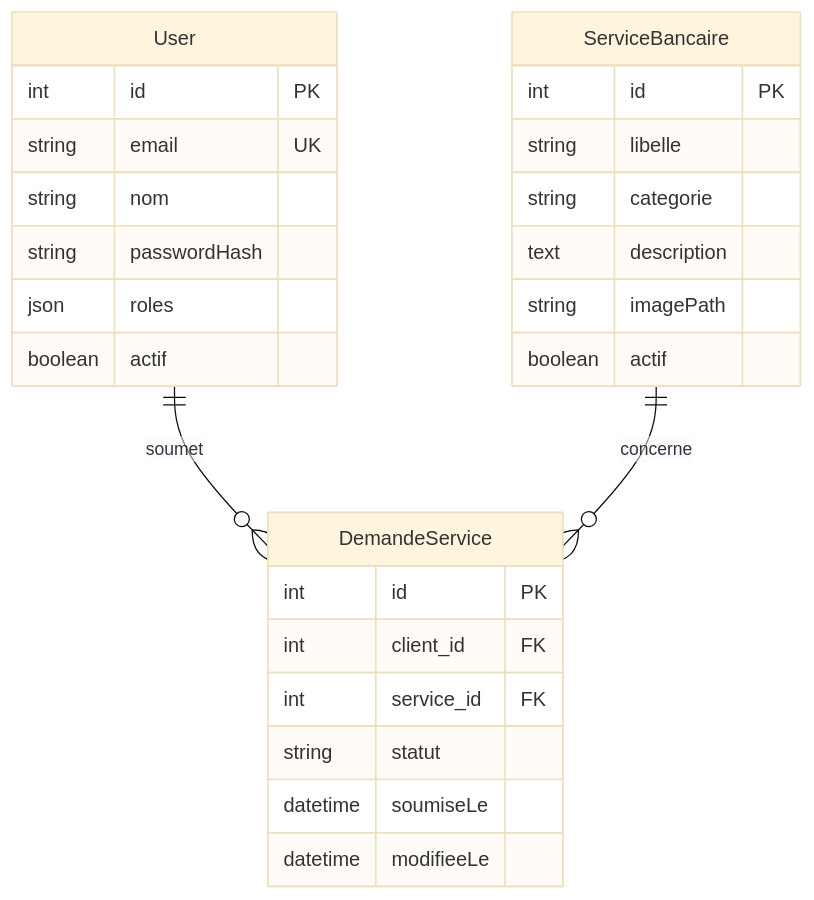
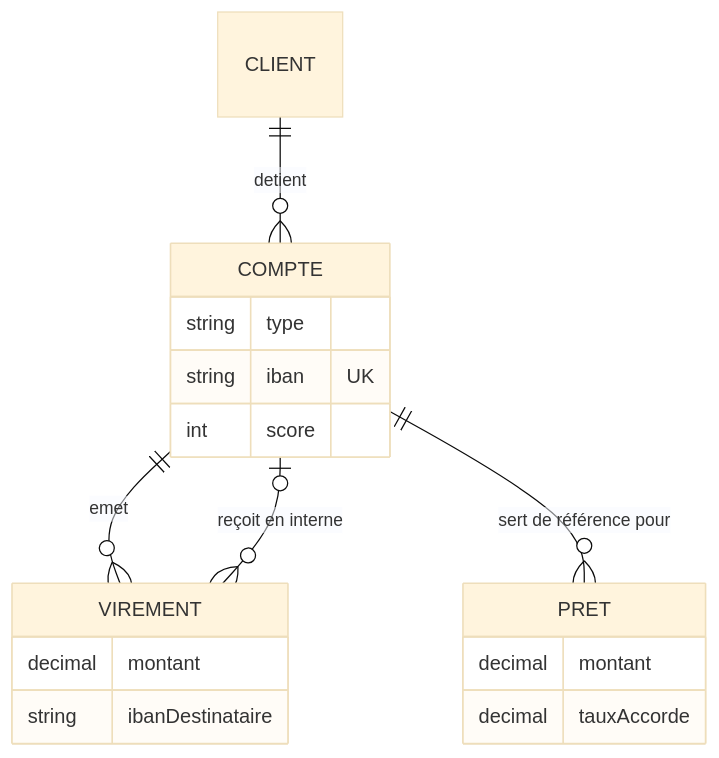
The diagram in README.md (chaher-bah/Symfony_Banque_project), drawn with Mermaid (base theme) before and after one commit. The commit also changed other lines of this file, not shown here.

````diff
--- a/README.md
+++ b/README.md
@@ -11,30 +9,21 @@
 ```mermaid
 erDiagram
-    User ||--o{ DemandeService : soumet
-    ServiceBancaire ||--o{ DemandeService : concerne
+    CLIENT ||--o{ COMPTE : detient
+    COMPTE ||--o{ VIREMENT : emet
+    COMPTE o|--o{ VIREMENT : "reçoit en interne"
+    COMPTE ||--o{ PRET : "sert de référence pour"
 
-    User {
-        int id PK
-        string email UK
-        string nom
-        string passwordHash
-        json roles
-        boolean actif
+    COMPTE {
+        string type
+        string iban UK
+        int score
     }
-    ServiceBancaire {
-        int id PK
-        string libelle
-        string categorie
-        text description
-        string imagePath
-        boolean actif
+    VIREMENT {
+        decimal montant
+        string ibanDestinataire
     }
-    DemandeService {
-        int id PK
-        int client_id FK
-        int service_id FK
-        string statut
-        datetime soumiseLe
-        datetime modifieeLe
+    PRET {
+        decimal montant
+        decimal tauxAccorde
     }
 ```
````
